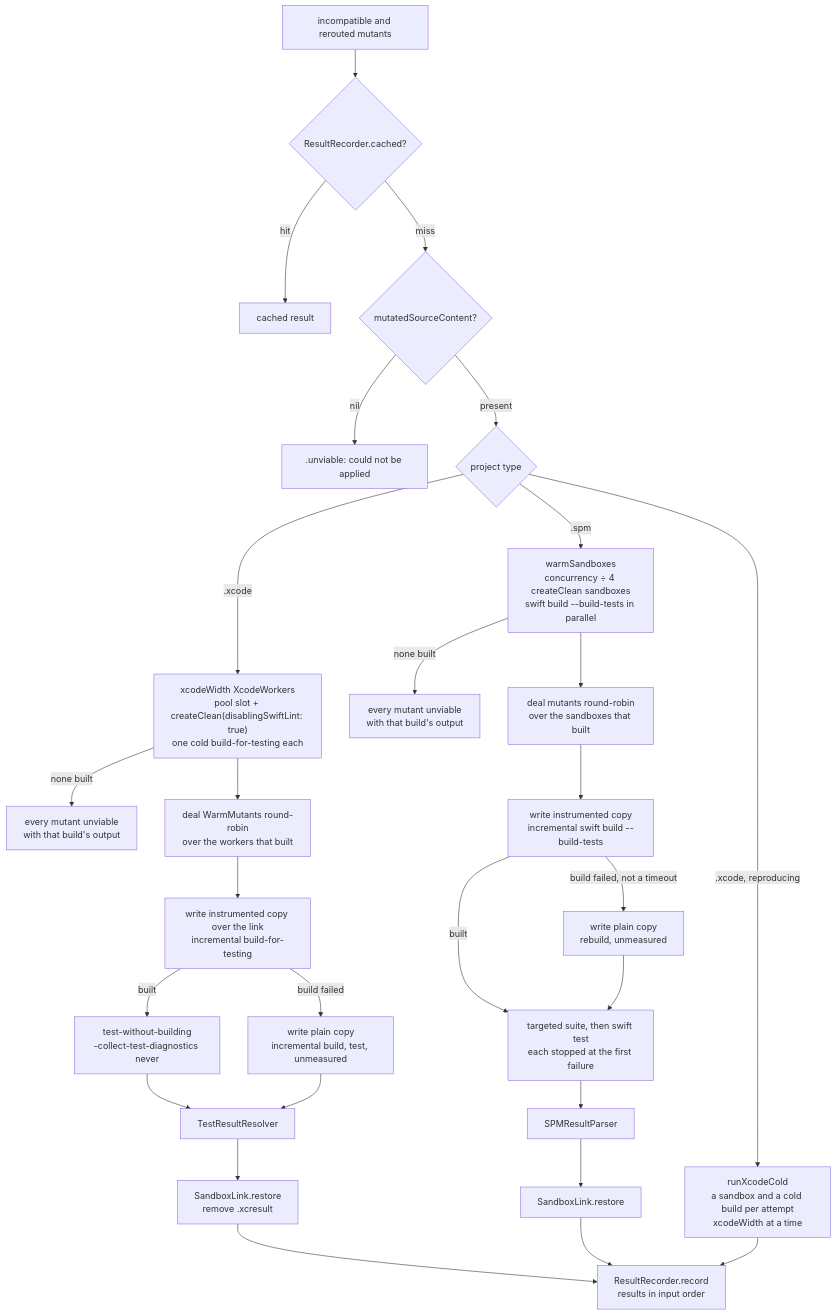
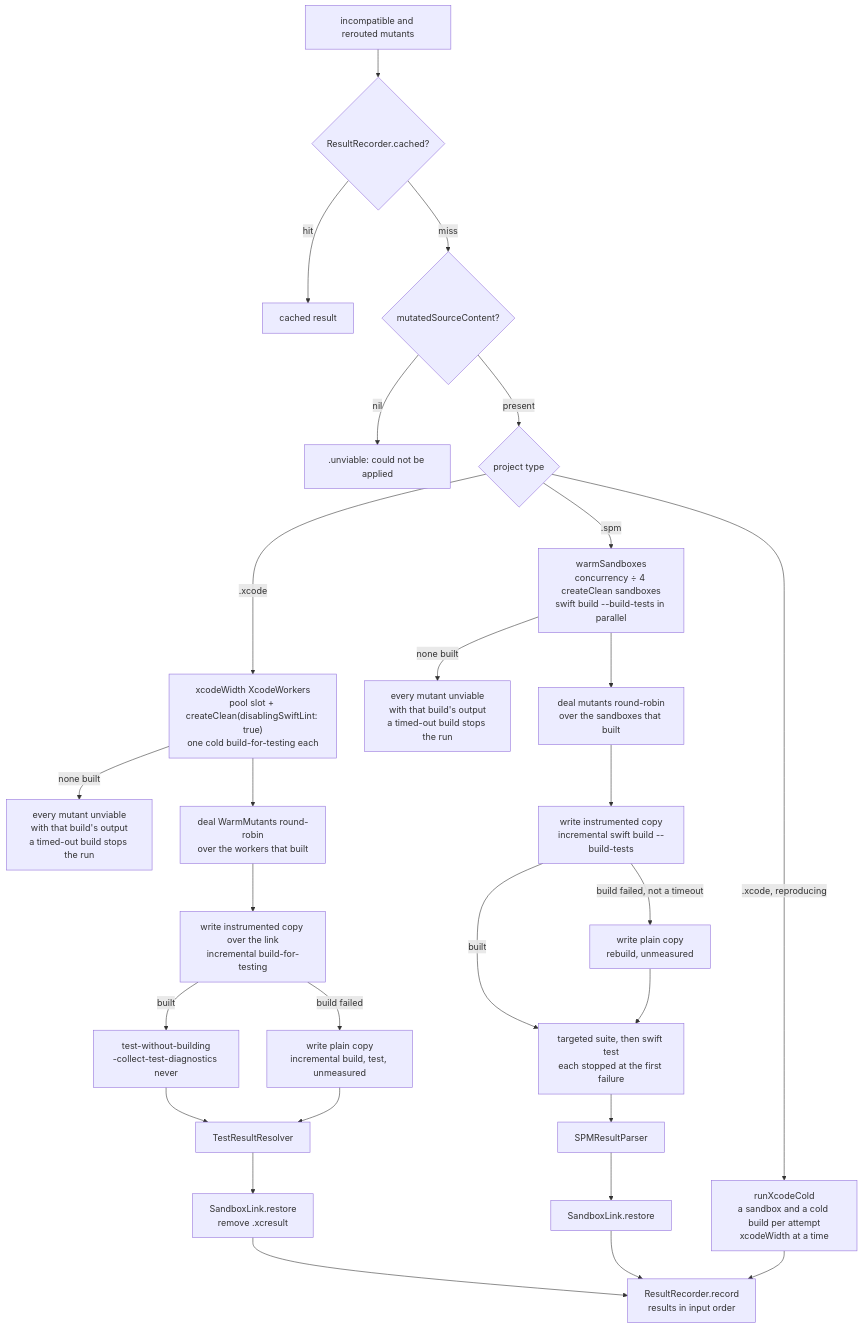
Before and after one commit to ericodx/swift-mutation-testing: the sixth of 6 diagrams in Docs/CodeBase/07-execution.md, drawn with Mermaid. The commit also changed other lines of this file and 4 other files, not shown here.

Commit message:
docs: describe build timeouts ending the run and the Xcode timeout killing detached descendants

````diff
--- a/Docs/CodeBase/07-execution.md
+++ b/Docs/CodeBase/07-execution.md
@@ -645,30 +644,30 @@
 ```mermaid
 flowchart TD
     MUTANTS["incompatible and rerouted mutants"] --> CACHE{"ResultRecorder.cached?"}
     CACHE -- hit --> CACHED["cached result"]
     CACHE -- miss --> CONTENT{"mutatedSourceContent?"}
     CONTENT -- nil --> NA[".unviable: could not be applied"]
     CONTENT -- present --> PT{"project type"}
     PT -- ".xcode, reproducing" --> COLD["runXcodeCold<br>a sandbox and a cold build per attempt<br>xcodeWidth at a time"]
     PT -- ".xcode" --> XWARM["xcodeWidth XcodeWorkers<br>pool slot + createClean(disablingSwiftLint: true)<br>one cold build-for-testing each"]
-    XWARM -- "none built" --> XUNVIABLE["every mutant unviable<br>with that build's output"]
+    XWARM -- "none built" --> XUNVIABLE["every mutant unviable<br>with that build's output<br>a timed-out build stops the run"]
     XWARM --> XDEAL["deal WarmMutants round-robin<br>over the workers that built"]
     XDEAL --> XWRITE["write instrumented copy over the link<br>incremental build-for-testing"]
     XWRITE -- built --> LAUNCH["test-without-building<br>-collect-test-diagnostics never"]
     XWRITE -- "build failed" --> XPLAIN["write plain copy<br>incremental build, test, unmeasured"]
     LAUNCH --> PARSE["TestResultResolver"]
     XPLAIN --> PARSE
     PARSE --> XRESTORE["SandboxLink.restore<br>remove .xcresult"]
     PT -- ".spm" --> WARM["warmSandboxes<br>concurrency ÷ 4 createClean sandboxes<br>swift build --build-tests in parallel"]
-    WARM -- "none built" --> ALLUNVIABLE["every mutant unviable<br>with that build's output"]
+    WARM -- "none built" --> ALLUNVIABLE["every mutant unviable<br>with that build's output<br>a timed-out build stops the run"]
     WARM --> DEAL["deal mutants round-robin<br>over the sandboxes that built"]
     DEAL --> WRITE["write instrumented copy<br>incremental swift build --build-tests"]
     WRITE -- built --> TESTS["targeted suite, then swift test<br>each stopped at the first failure"]
     WRITE -- "build failed, not a timeout" --> SPLAIN["write plain copy<br>rebuild, unmeasured"]
     SPLAIN --> TESTS
     TESTS --> SPMPARSE["SPMResultParser"]
     SPMPARSE --> SRESTORE["SandboxLink.restore"]
     XRESTORE --> STORE["ResultRecorder.record<br>results in input order"]
     SRESTORE --> STORE
     COLD --> STORE
 ```
````
